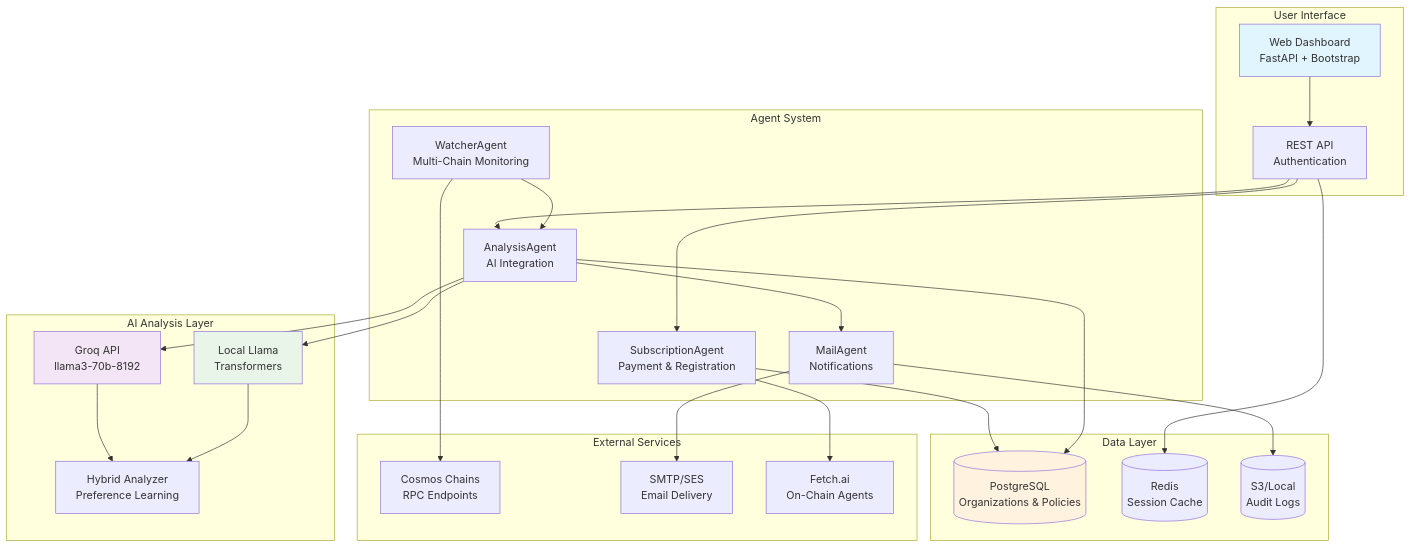
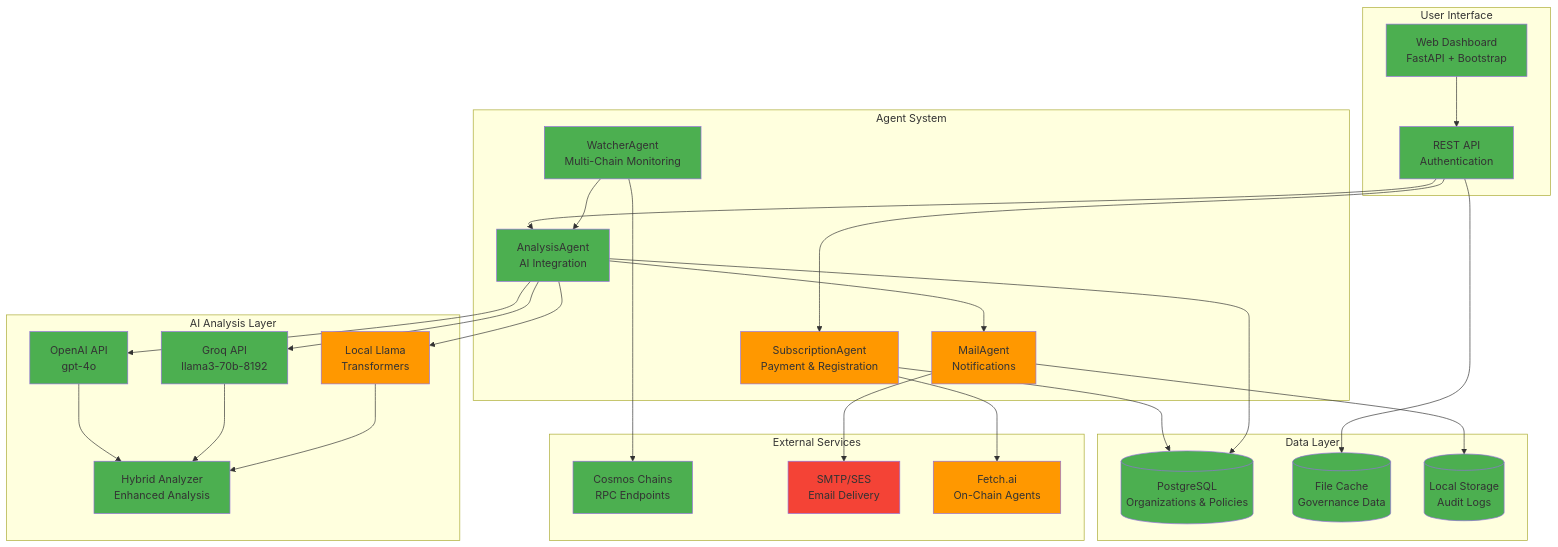
The diagram in README.md (zmazz/govwatcher-cosmos-vultr), drawn with Mermaid before and after one commit. The commit also changed other lines of this file and 2 other files, not shown here.

````diff
--- a/README.md
+++ b/README.md
@@ -120,58 +144,74 @@
 ```mermaid
 graph TB
     subgraph "User Interface"
         UI[Web Dashboard<br/>FastAPI + Bootstrap]
         API[REST API<br/>Authentication]
     end
 
     subgraph "AI Analysis Layer"
+        OPENAI[OpenAI API<br/>gpt-4o]
         GROQ[Groq API<br/>llama3-70b-8192]
         LLAMA[Local Llama<br/>Transformers]
-        HYBRID[Hybrid Analyzer<br/>Preference Learning]
+        HYBRID[Hybrid Analyzer<br/>Enhanced Analysis]
     end
 
     subgraph "Agent System"
-            SUB[SubscriptionAgent<br/>Payment & Registration]
+        SUB[SubscriptionAgent<br/>Payment & Registration]
         WATCH[WatcherAgent<br/>Multi-Chain Monitoring]
         ANALYSIS[AnalysisAgent<br/>AI Integration]
         MAIL[MailAgent<br/>Notifications]
     end
 
     subgraph "Data Layer"
         DB[(PostgreSQL<br/>Organizations & Policies)]
-        CACHE[(Redis<br/>Session Cache)]
-        FILES[(S3/Local<br/>Audit Logs)]
+        CACHE[(File Cache<br/>Governance Data)]
+        FILES[(Local Storage<br/>Audit Logs)]
     end
 
     subgraph "External Services"
         COSMOS[Cosmos Chains<br/>RPC Endpoints]
         EMAIL[SMTP/SES<br/>Email Delivery]
         BLOCKCHAIN[Fetch.ai<br/>On-Chain Agents]
     end
 
     UI --> API
     API --> SUB
     API --> ANALYSIS
     
+    ANALYSIS --> OPENAI
     ANALYSIS --> GROQ
     ANALYSIS --> LLAMA
+    OPENAI --> HYBRID
     GROQ --> HYBRID
     LLAMA --> HYBRID
     
     WATCH --> COSMOS
     WATCH --> ANALYSIS
     ANALYSIS --> MAIL
     MAIL --> EMAIL
     
     SUB --> DB
     ANALYSIS --> DB
     API --> CACHE
     MAIL --> FILES
     
     SUB --> BLOCKCHAIN
 
-    style UI fill:#e1f5fe
-    style GROQ fill:#f3e5f5
-    style LLAMA fill:#e8f5e8
-    style DB fill:#fff3e0
+    %% Color coding: Green = Deployed & Working, Yellow = Available but not deployed, Red = Yet to be built
+    style UI fill:#4CAF50
+    style API fill:#4CAF50
+    style OPENAI fill:#4CAF50
+    style GROQ fill:#4CAF50
+    style LLAMA fill:#FF9800
+    style HYBRID fill:#4CAF50
+    style WATCH fill:#4CAF50
+    style ANALYSIS fill:#4CAF50
+    style SUB fill:#FF9800
+    style MAIL fill:#FF9800
+    style DB fill:#4CAF50
+    style CACHE fill:#4CAF50
+    style FILES fill:#4CAF50
+    style COSMOS fill:#4CAF50
+    style EMAIL fill:#f44336
+    style BLOCKCHAIN fill:#FF9800
 ```
````
